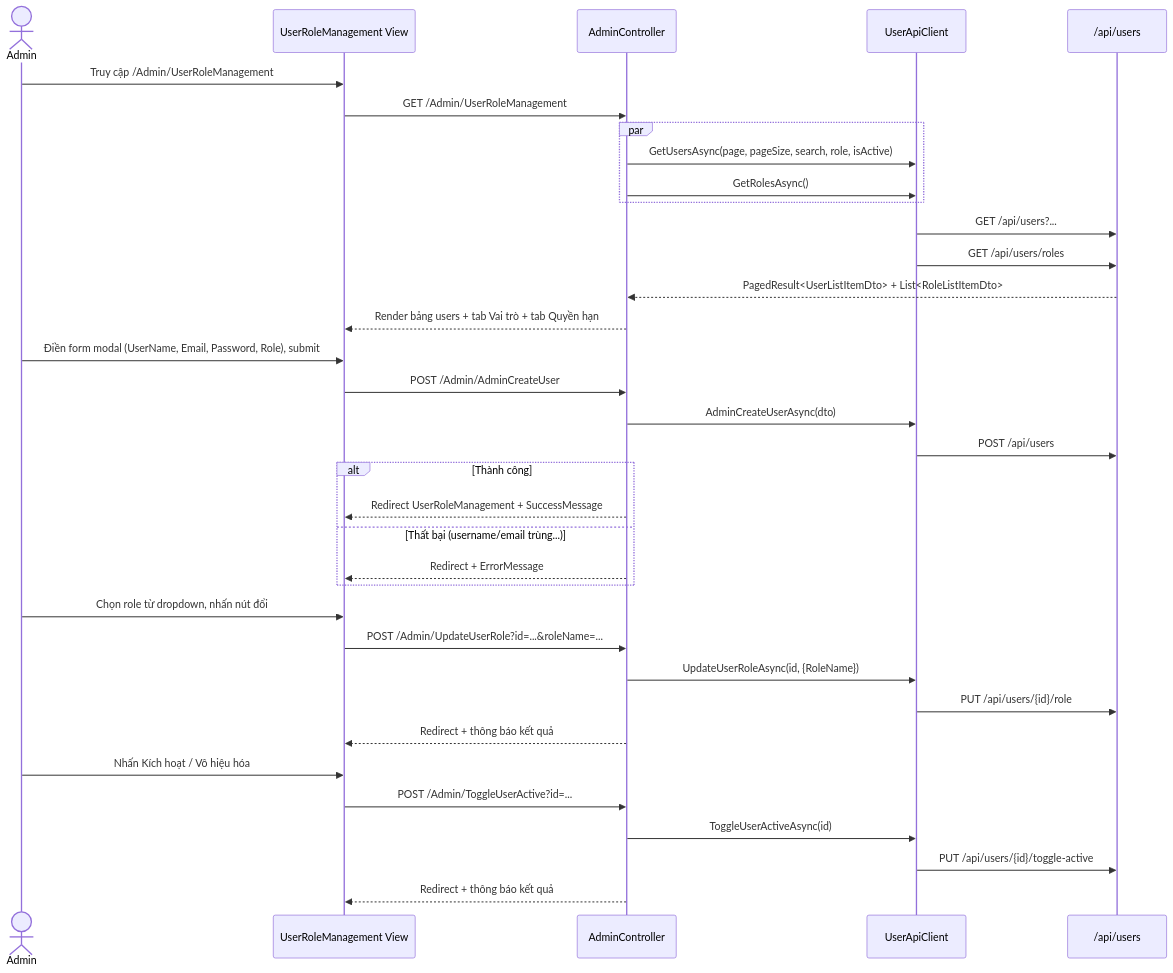
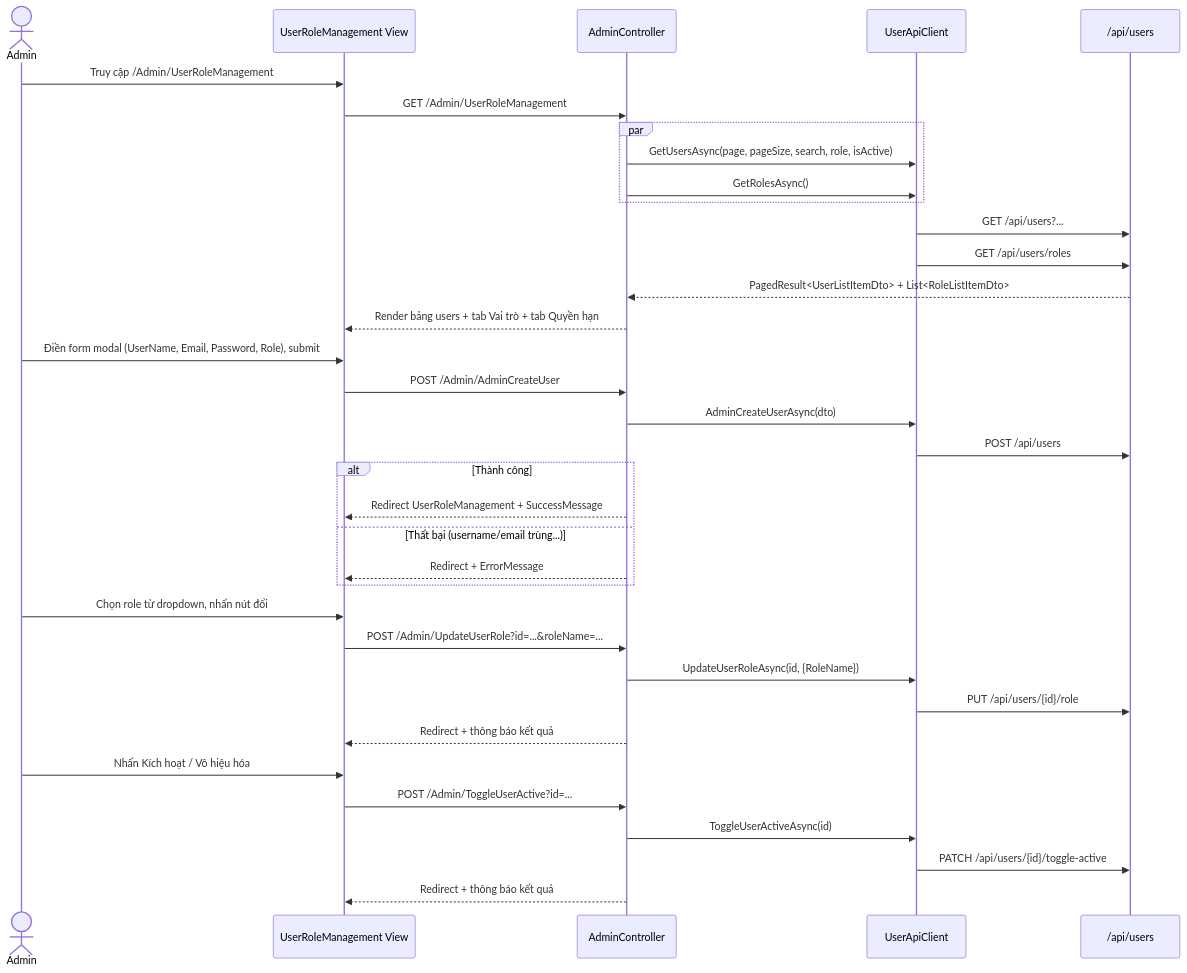
Diagram 14 of 18 in Docs/Sequence Diagrams – Web Admin.md (NguyenAlpha/LocateAndMultilingualNarration), drawn with Mermaid before and after one commit. The commit also changed other lines of this file and 3 other files, not shown here.

````diff
--- a/Docs/Sequence Diagrams – Web Admin.md
+++ b/Docs/Sequence Diagrams – Web Admin.md
@@ -662,45 +605,45 @@
 ```mermaid
 sequenceDiagram
     actor ADMIN as Admin
     participant VIEW as UserRoleManagement View
     participant CTR as AdminController
     participant SVC as UserApiClient
     participant API as /api/users
 
     %% Xem danh sách
     ADMIN->>VIEW: Truy cập /Admin/UserRoleManagement
     VIEW->>CTR: GET /Admin/UserRoleManagement
     par
         CTR->>SVC: GetUsersAsync(page, pageSize, search, role, isActive)
         CTR->>SVC: GetRolesAsync()
     end
     SVC->>API: GET /api/users?...
     SVC->>API: GET /api/users/roles
     API-->>CTR: PagedResult<UserListItemDto> + List<RoleListItemDto>
     CTR-->>VIEW: Render bảng users + tab Vai trò + tab Quyền hạn
 
     %% Tạo user mới
     ADMIN->>VIEW: Điền form modal (UserName, Email, Password, Role), submit
     VIEW->>CTR: POST /Admin/AdminCreateUser
     CTR->>SVC: AdminCreateUserAsync(dto)
     SVC->>API: POST /api/users
     alt Thành công
         CTR-->>VIEW: Redirect UserRoleManagement + SuccessMessage
     else Thất bại (username/email trùng...)
         CTR-->>VIEW: Redirect + ErrorMessage
     end
 
     %% Đổi role
     ADMIN->>VIEW: Chọn role từ dropdown, nhấn nút đổi
     VIEW->>CTR: POST /Admin/UpdateUserRole?id=...&roleName=...
     CTR->>SVC: UpdateUserRoleAsync(id, {RoleName})
     SVC->>API: PUT /api/users/{id}/role
     CTR-->>VIEW: Redirect + thông báo kết quả
 
     %% Toggle Active
     ADMIN->>VIEW: Nhấn Kích hoạt / Vô hiệu hóa
     VIEW->>CTR: POST /Admin/ToggleUserActive?id=...
     CTR->>SVC: ToggleUserActiveAsync(id)
-    SVC->>API: PUT /api/users/{id}/toggle-active
+    SVC->>API: PATCH /api/users/{id}/toggle-active
     CTR-->>VIEW: Redirect + thông báo kết quả
 ```
````
